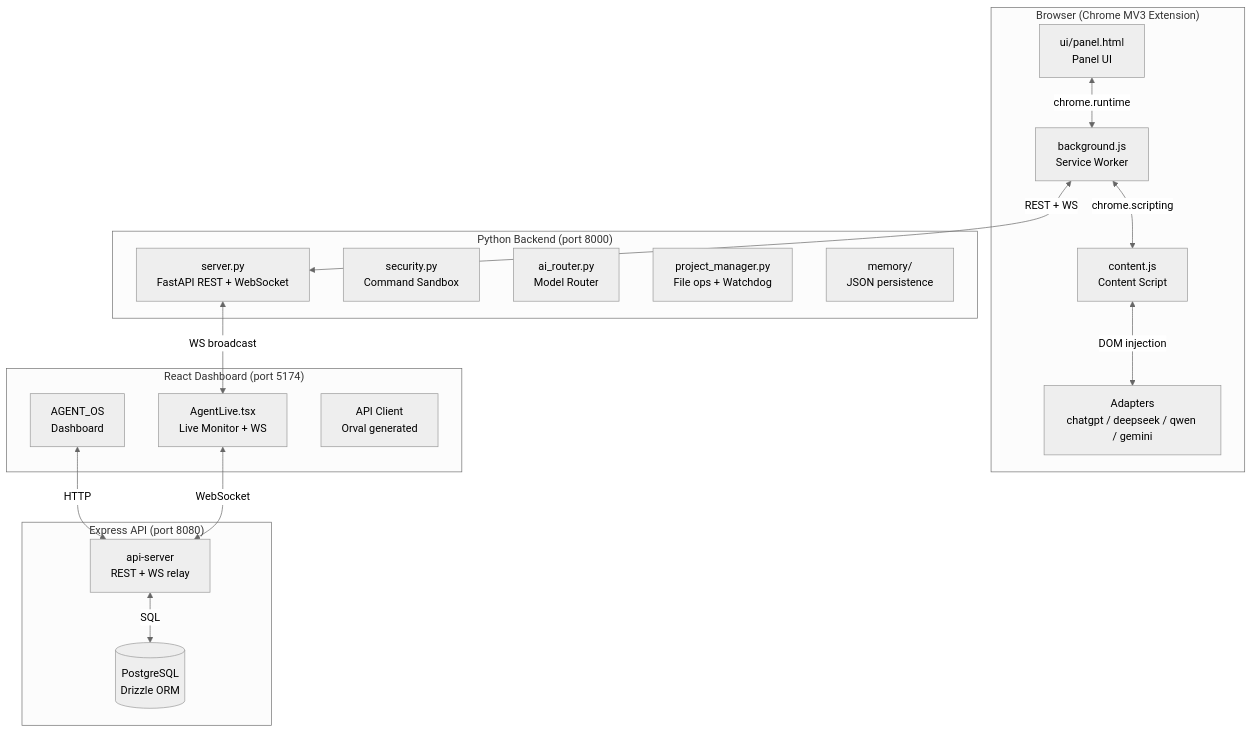
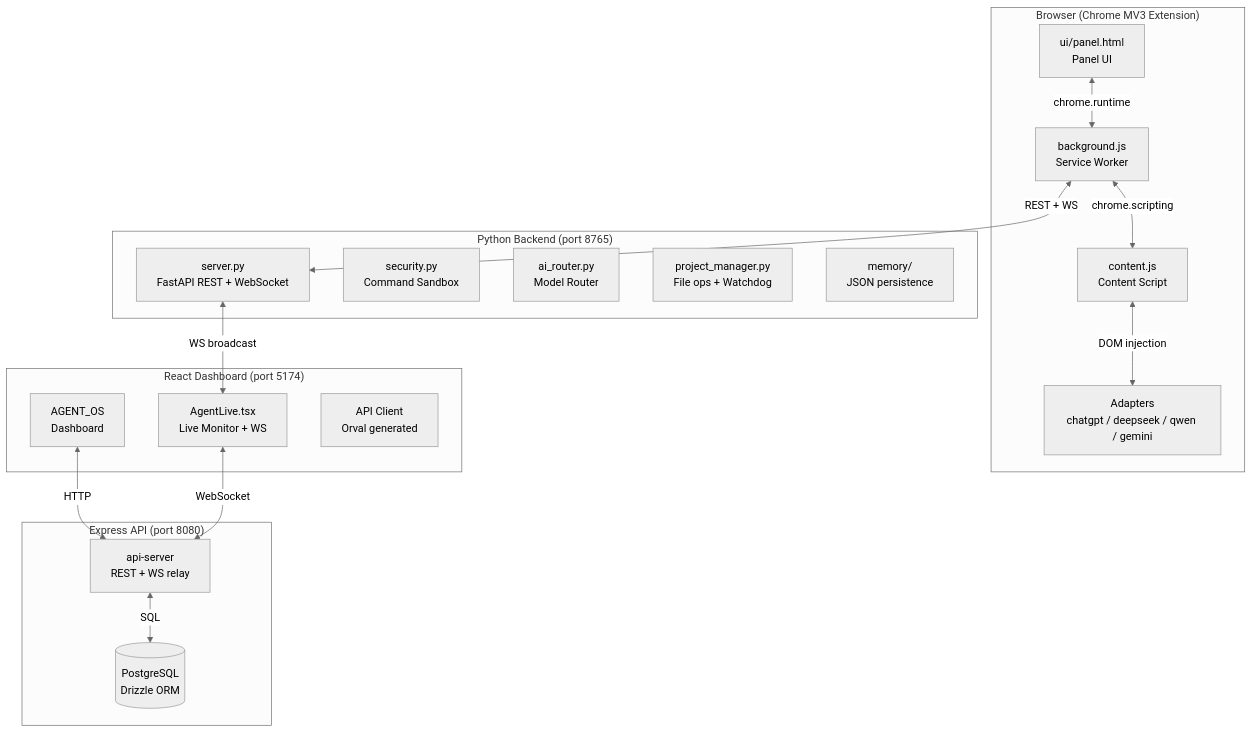
Before and after one commit to sahilk267/multi-ai-coding-agent: the first of 5 diagrams in ai-agent-extension/docs/architecture.md, drawn with Mermaid (neutral theme). The commit also changed other lines of this file and 16 other files, not shown here.

First line of the commit message:
Update backend port and documentation across multiple files

````diff
--- a/ai-agent-extension/docs/architecture.md
+++ b/ai-agent-extension/docs/architecture.md
@@ -15,37 +15,37 @@
 ```mermaid
 graph TB
     subgraph Browser["Browser (Chrome MV3 Extension)"]
         BG[background.js\nService Worker]
         CS[content.js\nContent Script]
         PANEL[ui/panel.html\nPanel UI]
         ADAPTERS[Adapters\nchatgpt / deepseek / qwen / gemini]
     end
 
-    subgraph Python["Python Backend (port 8000)"]
+    subgraph Python["Python Backend (port 8765)"]
         SERVER[server.py\nFastAPI REST + WebSocket]
         SECURITY[security.py\nCommand Sandbox]
         AI_ROUTER[ai_router.py\nModel Router]
         PM[project_manager.py\nFile ops + Watchdog]
         MEM[memory/\nJSON persistence]
     end
 
     subgraph React["React Dashboard (port 5174)"]
         DASH[AGENT_OS\nDashboard]
         LIVE[AgentLive.tsx\nLive Monitor + WS]
         API_CLIENT[API Client\nOrval generated]
     end
 
     subgraph ExpressAPI["Express API (port 8080)"]
         EXPRESS[api-server\nREST + WS relay]
         DB[(PostgreSQL\nDrizzle ORM)]
     end
 
     BG <-->|REST + WS| SERVER
     CS <-->|DOM injection| ADAPTERS
     BG <-->|chrome.scripting| CS
     PANEL <-->|chrome.runtime| BG
     DASH <-->|HTTP| EXPRESS
     LIVE <-->|WebSocket| EXPRESS
     EXPRESS <-->|SQL| DB
     SERVER <-->|WS broadcast| LIVE
 ```
````
